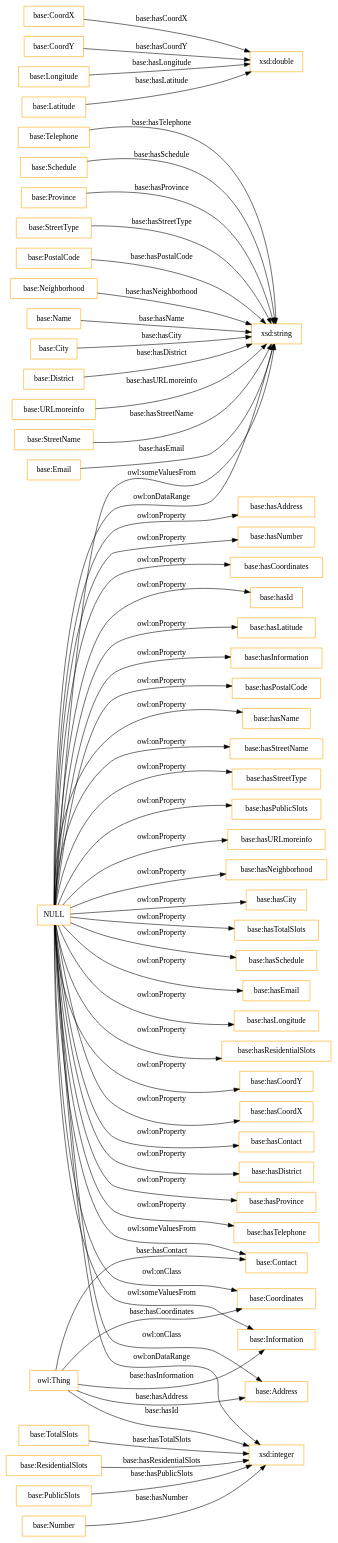
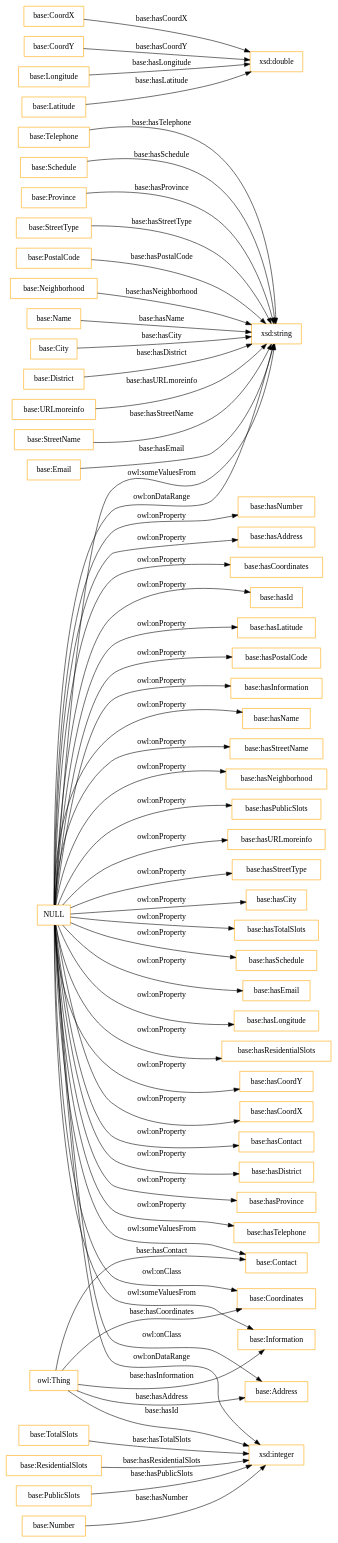
One commit to adrix1341/Curso2020-2021 changed the diagram in OnToology/HandsOn/Group02/ontology/ontology.ttl/diagrams/ar2dtool-class/ontology.ttl.png.dot. Above: the diagram before and after it, drawn with Graphviz. The commit also changed other lines of this file and 5 other files, not shown here.

```diff
--- a/OnToology/HandsOn/Group02/ontology/ontology.ttl/diagrams/ar2dtool-class/ontology.ttl.png.dot
+++ b/OnToology/HandsOn/Group02/ontology/ontology.ttl/diagrams/ar2dtool-class/ontology.ttl.png.dot
@@ -1,63 +1,63 @@
 digraph ar2dtool_diagram { 
 rankdir=LR;
 size="1501"
 node [shape = rectangle, color="orange"]; "base:Telephone" "base:Schedule" "base:Province" "base:StreetType" "base:CoordX" "base:PostalCode" "base:Contact" "base:Neighborhood" "base:Name" "base:City" "base:District" "base:CoordY" "base:TotalSlots" "base:URLmoreinfo" "base:Address" "base:ResidentialSlots" "base:StreetName" "base:PublicSlots" "base:Coordinates" "base:Email" "base:Number" "base:Longitude" "base:Information" "base:Latitude" ; /*classes style*/
 	"NULL" -> "base:hasResidentialSlots" [ label = "owl:onProperty" ];
 	"NULL" -> "base:hasCoordY" [ label = "owl:onProperty" ];
 	"NULL" -> "base:hasCoordX" [ label = "owl:onProperty" ];
 	"NULL" -> "xsd:string" [ label = "owl:someValuesFrom" ];
 	"NULL" -> "base:hasContact" [ label = "owl:onProperty" ];
 	"NULL" -> "base:hasDistrict" [ label = "owl:onProperty" ];
 	"NULL" -> "xsd:integer" [ label = "owl:onDataRange" ];
 	"NULL" -> "base:hasProvince" [ label = "owl:onProperty" ];
 	"NULL" -> "base:hasTelephone" [ label = "owl:onProperty" ];
 	"NULL" -> "base:Contact" [ label = "owl:someValuesFrom" ];
+	"NULL" -> "base:hasNumber" [ label = "owl:onProperty" ];
 	"NULL" -> "base:hasAddress" [ label = "owl:onProperty" ];
-	"NULL" -> "base:hasNumber" [ label = "owl:onProperty" ];
 	"NULL" -> "base:Coordinates" [ label = "owl:onClass" ];
 	"NULL" -> "base:hasCoordinates" [ label = "owl:onProperty" ];
 	"NULL" -> "base:hasId" [ label = "owl:onProperty" ];
 	"NULL" -> "base:hasLatitude" [ label = "owl:onProperty" ];
+	"NULL" -> "base:hasPostalCode" [ label = "owl:onProperty" ];
 	"NULL" -> "base:hasInformation" [ label = "owl:onProperty" ];
-	"NULL" -> "base:hasPostalCode" [ label = "owl:onProperty" ];
 	"NULL" -> "base:hasName" [ label = "owl:onProperty" ];
 	"NULL" -> "base:hasStreetName" [ label = "owl:onProperty" ];
-	"NULL" -> "base:hasStreetType" [ label = "owl:onProperty" ];
+	"NULL" -> "base:hasNeighborhood" [ label = "owl:onProperty" ];
 	"NULL" -> "base:hasPublicSlots" [ label = "owl:onProperty" ];
 	"NULL" -> "xsd:string" [ label = "owl:onDataRange" ];
 	"NULL" -> "base:hasURLmoreinfo" [ label = "owl:onProperty" ];
-	"NULL" -> "base:hasNeighborhood" [ label = "owl:onProperty" ];
+	"NULL" -> "base:hasStreetType" [ label = "owl:onProperty" ];
 	"NULL" -> "base:hasCity" [ label = "owl:onProperty" ];
 	"NULL" -> "base:hasTotalSlots" [ label = "owl:onProperty" ];
 	"NULL" -> "base:hasSchedule" [ label = "owl:onProperty" ];
 	"NULL" -> "base:hasEmail" [ label = "owl:onProperty" ];
 	"NULL" -> "base:Information" [ label = "owl:someValuesFrom" ];
 	"NULL" -> "base:Address" [ label = "owl:onClass" ];
 	"NULL" -> "base:hasLongitude" [ label = "owl:onProperty" ];
 	"owl:Thing" -> "base:Contact" [ label = "base:hasContact" ];
 	"base:TotalSlots" -> "xsd:integer" [ label = "base:hasTotalSlots" ];
 	"base:Name" -> "xsd:string" [ label = "base:hasName" ];
 	"base:Latitude" -> "xsd:double" [ label = "base:hasLatitude" ];
 	"base:Schedule" -> "xsd:string" [ label = "base:hasSchedule" ];
 	"base:Telephone" -> "xsd:string" [ label = "base:hasTelephone" ];
 	"owl:Thing" -> "xsd:integer" [ label = "base:hasId" ];
 	"base:ResidentialSlots" -> "xsd:integer" [ label = "base:hasResidentialSlots" ];
 	"base:StreetType" -> "xsd:string" [ label = "base:hasStreetType" ];
 	"base:Number" -> "xsd:integer" [ label = "base:hasNumber" ];
 	"base:City" -> "xsd:string" [ label = "base:hasCity" ];
 	"owl:Thing" -> "base:Information" [ label = "base:hasInformation" ];
 	"base:PublicSlots" -> "xsd:integer" [ label = "base:hasPublicSlots" ];
 	"base:StreetName" -> "xsd:string" [ label = "base:hasStreetName" ];
 	"owl:Thing" -> "base:Address" [ label = "base:hasAddress" ];
 	"base:Province" -> "xsd:string" [ label = "base:hasProvince" ];
 	"owl:Thing" -> "base:Coordinates" [ label = "base:hasCoordinates" ];
 	"base:Longitude" -> "xsd:double" [ label = "base:hasLongitude" ];
 	"base:CoordX" -> "xsd:double" [ label = "base:hasCoordX" ];
 	"base:CoordY" -> "xsd:double" [ label = "base:hasCoordY" ];
 	"base:District" -> "xsd:string" [ label = "base:hasDistrict" ];
 	"base:PostalCode" -> "xsd:string" [ label = "base:hasPostalCode" ];
 	"base:Email" -> "xsd:string" [ label = "base:hasEmail" ];
 	"base:Neighborhood" -> "xsd:string" [ label = "base:hasNeighborhood" ];
 	"base:URLmoreinfo" -> "xsd:string" [ label = "base:hasURLmoreinfo" ];
 
 }
```
